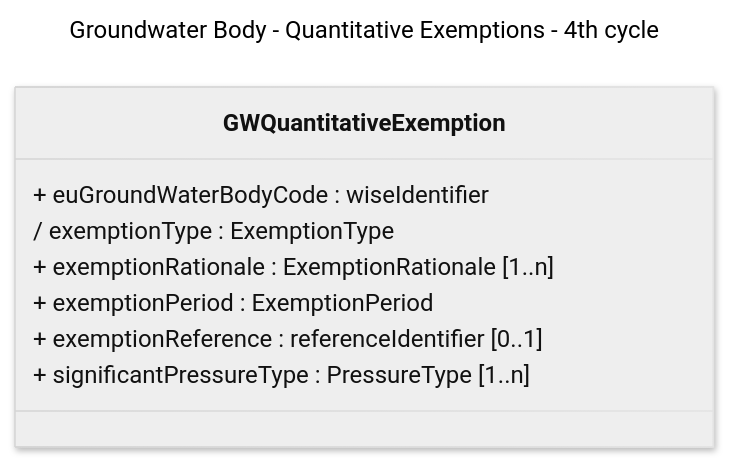
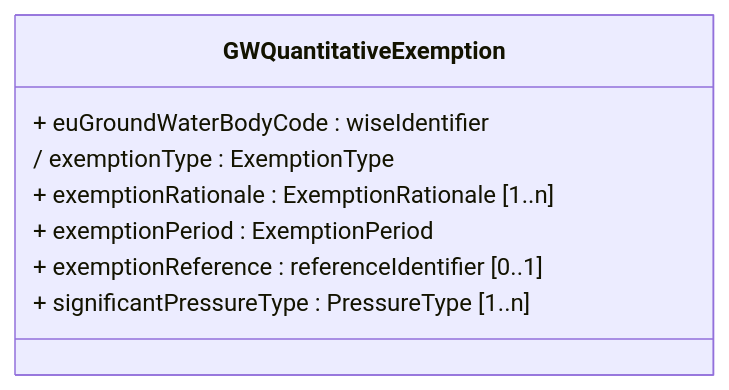
Before and after one commit to eeadata/WISE.WFD.Documentation: the seventh of 9 diagrams in docs/DataModelReview/WFDExemptions.md, drawn with Mermaid. The commit also changed other lines of this file and 7 other files, not shown here.

Commit message:
Proposed changes for the WFD Exemptions - now with the diagrams.

````diff
--- a/docs/DataModelReview/WFDExemptions.md
+++ b/docs/DataModelReview/WFDExemptions.md
@@ -329,20 +235,14 @@
 ```{mermaid}
----
-config:
-  class:
-    hideEmptyMembersBox: true
-  layout: dagre
-  theme: neutral
-  look: neo
-title: Groundwater Body - Quantitative Exemptions - 4th cycle
----
+:name: GWQuantitativeExemptionClass
+:caption: Groundwater Body - Quantitative Exemption - 4th cycle
+:align: center
 classDiagram
 class GWQuantitativeExemption{
 	+ euGroundWaterBodyCode : wiseIdentifier
 	/ exemptionType : ExemptionType
 	+ exemptionRationale : ExemptionRationale [1..n]
 	+ exemptionPeriod : ExemptionPeriod
 	+ exemptionReference : referenceIdentifier [0..1]
 	+ significantPressureType : PressureType [1..n]
 }
 ```
````
